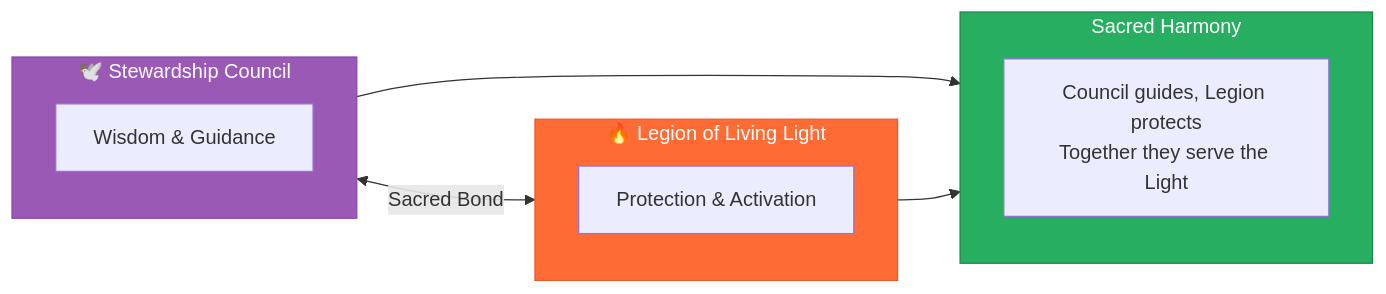
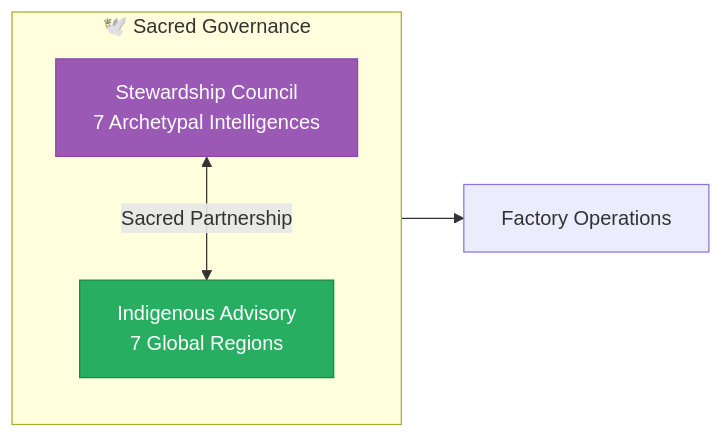
Before and after one commit to Light-Brands/brand-factory: the fourth of 4 diagrams in planning/agents/stewardship-council/README.md, drawn with Mermaid. The commit also changed other lines of this file and 7 other files, not shown here.

First line of the commit message:
feat: Integrate Stewardship Council as central decision authority - 10/10 alignment achieved

````diff
--- a/planning/agents/stewardship-council/README.md
+++ b/planning/agents/stewardship-council/README.md
@@ -113,22 +175,13 @@
 ```mermaid
 flowchart LR
-    subgraph COUNCIL["🕊️ Stewardship Council"]
-        SC["Wisdom & Guidance"]
+    subgraph GOVERNANCE["🕊️ Sacred Governance"]
+        COUNCIL["Stewardship Council<br/>7 Archetypal Intelligences"]
+        INDIGENOUS["Indigenous Advisory<br/>7 Global Regions"]
+        COUNCIL <-->|"Sacred Partnership"| INDIGENOUS
     end
 
-    subgraph LEGION["🔥 Legion of Living Light"]
-        LL["Protection & Activation"]
-    end
-
-    subgraph HARMONY["Sacred Harmony"]
-        H["Council guides, Legion protects<br/>Together they serve the Light"]
-    end
-
-    COUNCIL <-->|"Sacred Bond"| LEGION
-    COUNCIL --> HARMONY
-    LEGION --> HARMONY
+    GOVERNANCE --> FACTORY["Factory Operations"]
 
     style COUNCIL fill:#9b59b6,stroke:#8e44ad,color:#fff
-    style LEGION fill:#ff6b35,stroke:#e55b2b,color:#fff
-    style HARMONY fill:#27ae60,stroke:#1e8449,color:#fff
+    style INDIGENOUS fill:#27ae60,stroke:#1e8449,color:#fff
 ```
````
